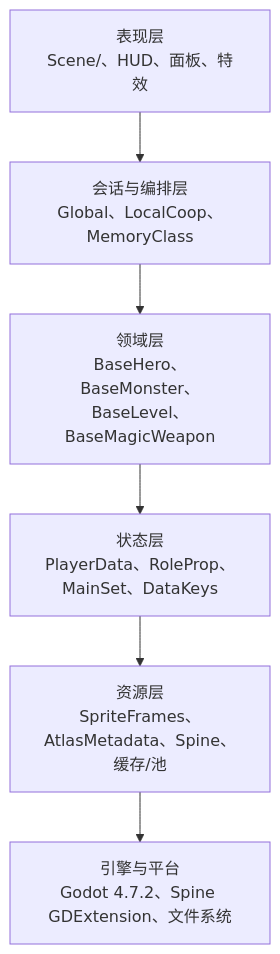
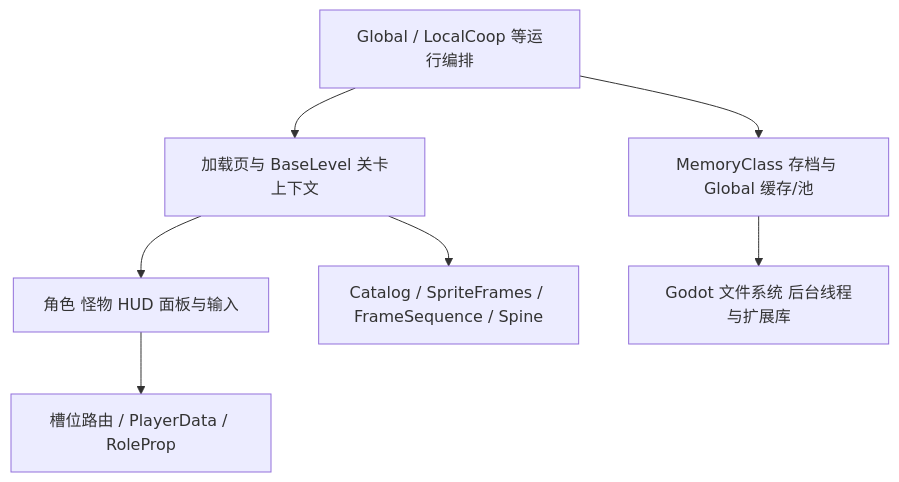
The first of 3 diagrams in docs/reference/architecture.md (0xnayuta/BHYH), drawn with Mermaid before and after one commit. The commit also changed other lines of this file and 19 other files, not shown here.

First line of the commit message:
docs(architecture): 提升总体目标架构契约并修订阶段规划

````diff
--- a/docs/reference/architecture.md
+++ b/docs/reference/architecture.md
@@ -49,8 +49,9 @@
 ```mermaid
 flowchart TD
-    P["表现层<br/>Scene/、HUD、面板、特效"] --> O["会话与编排层<br/>Global、LocalCoop、MemoryClass"]
-    O --> D["领域层<br/>BaseHero、BaseMonster、BaseLevel、BaseMagicWeapon"]
-    D --> S["状态层<br/>PlayerData、RoleProp、MainSet、DataKeys"]
-    S --> R["资源层<br/>SpriteFrames、AtlasMetadata、Spine、缓存/池"]
-    R --> E["引擎与平台<br/>Godot 4.7.2、Spine GDExtension、文件系统"]
+    O["Global / LocalCoop 等运行编排"] --> L["加载页与 BaseLevel 关卡上下文"]
+    L --> P["角色 怪物 HUD 面板与输入"]
+    P --> S["槽位路由 / PlayerData / RoleProp"]
+    O --> I["MemoryClass 存档与 Global 缓存/池"]
+    L --> R["Catalog / SpriteFrames / FrameSequence / Spine"]
+    I --> E["Godot 文件系统 后台线程与扩展库"]
 ```
````
